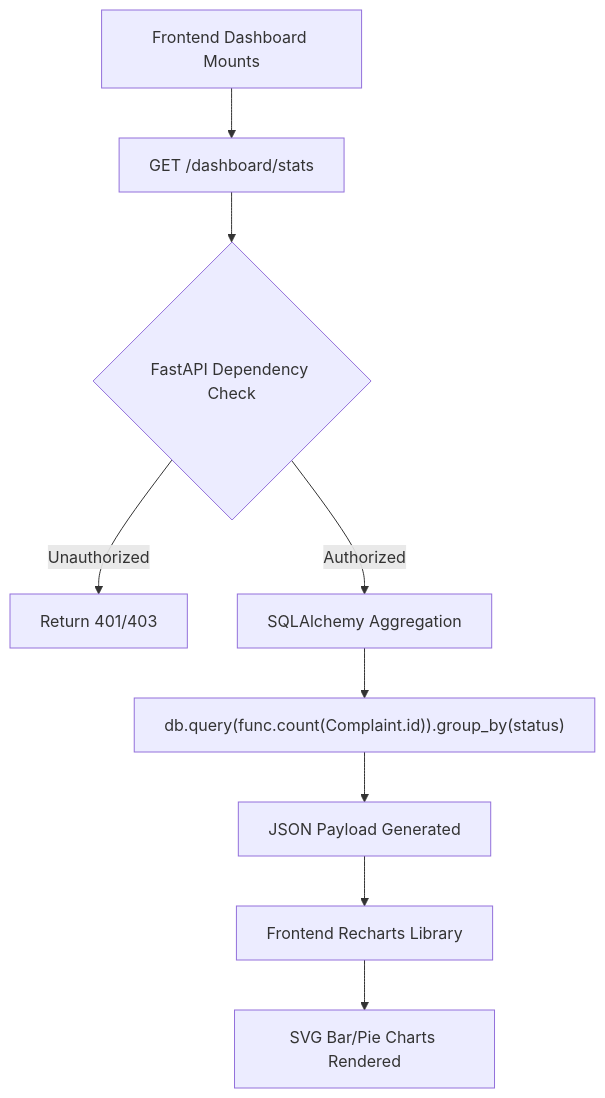
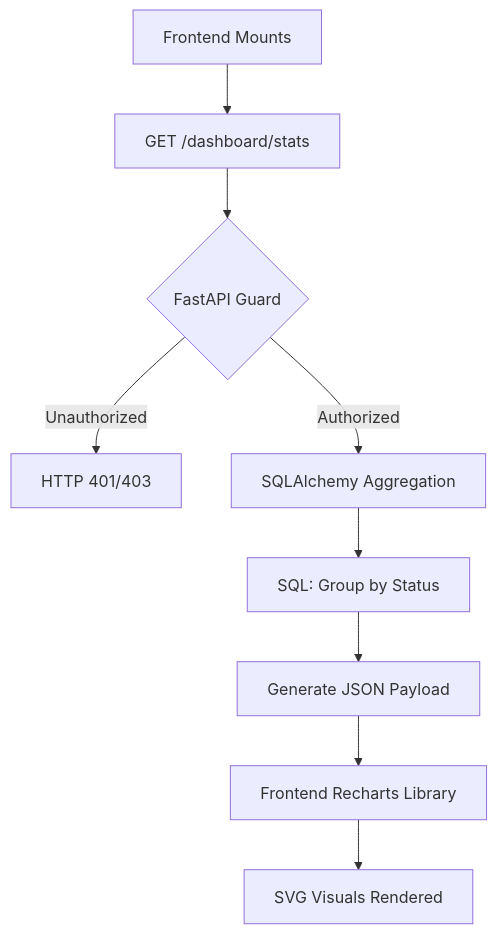
One commit to abhayXdev/CityShakti-Backend changed the seventh of 9 diagrams in PROJECT_DOCUMENTATION.md. Above: the diagram before and after it, drawn with Mermaid. The commit also changed other lines of this file, not shown here.

Commit message:
fix: ultra-safe Mermaid syntax for GitHub compatibility

````diff
--- a/PROJECT_DOCUMENTATION.md
+++ b/PROJECT_DOCUMENTATION.md
@@ -174,12 +174,12 @@
 ```mermaid
 flowchart TD
-    A[Frontend Dashboard Mounts] --> B[GET /dashboard/stats]
-    B --> C{FastAPI Dependency Check}
-    C -->|Unauthorized| D[Return 401/403]
-    C -->|Authorized| E[SQLAlchemy Aggregation]
+    A["Frontend Mounts"] --> B["GET /dashboard/stats"]
+    B --> C{"FastAPI Guard"}
+    C -- "Unauthorized" --> D["HTTP 401/403"]
+    C -- "Authorized" --> E["SQLAlchemy Aggregation"]
     
-    E --> F["db.query(func.count(Complaint.id)).group_by(status)"]
-    F --> G[JSON Payload Generated]
-    G --> H[Frontend Recharts Library]
-    H --> I[SVG Bar/Pie Charts Rendered]
+    E --> F["SQL: Group by Status"]
+    F --> G["Generate JSON Payload"]
+    G --> H["Frontend Recharts Library"]
+    H --> I["SVG Visuals Rendered"]
 ```
````
